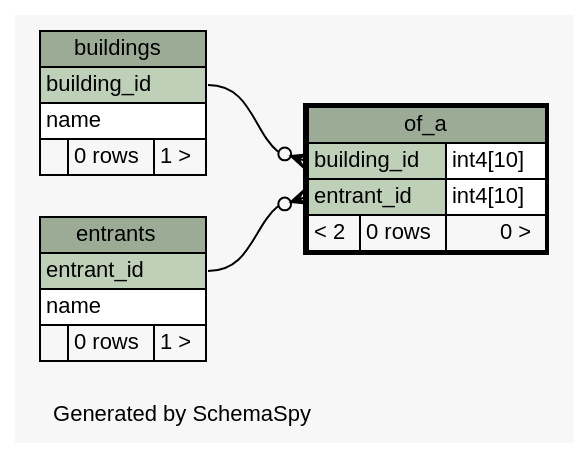
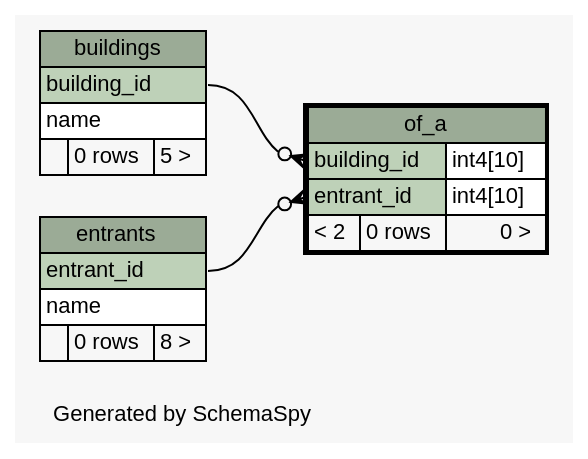
One commit to mgouzenko/-bms changed the diagram in visualization/diagrams/of_a.1degree.dot. Above: the diagram before and after it, drawn with Graphviz. The commit also changed 32 other files, not shown here.

Commit message:
fixed schema, pushing first real visualization

```diff
--- a/visualization/diagrams/of_a.1degree.dot
+++ b/visualization/diagrams/of_a.1degree.dot
@@ -1,57 +1,57 @@
 // dot 2.38.0 on Mac OS X 10.11.3
 // SchemaSpy rev 590
 digraph "oneDegreeRelationshipsDiagram" {
   graph [
     rankdir="RL"
     bgcolor="#f7f7f7"
     label="\nGenerated by SchemaSpy"
     labeljust="l"
     nodesep="0.18"
     ranksep="0.46"
     fontname="Helvetica"
     fontsize="11"
   ];
   node [
     fontname="Helvetica"
     fontsize="11"
     shape="plaintext"
   ];
   edge [
     arrowsize="0.8"
   ];
   "of_a":"building_id":w -> "buildings":"building_id":e [arrowhead=none dir=back arrowtail=crowodot];
   "of_a":"entrant_id":w -> "entrants":"entrant_id":e [arrowhead=none dir=back arrowtail=crowodot];
   "buildings" [
     label=<
     <TABLE BORDER="0" CELLBORDER="1" CELLSPACING="0" BGCOLOR="#ffffff">
       <TR><TD COLSPAN="3" BGCOLOR="#9bab96" ALIGN="CENTER">buildings</TD></TR>
       <TR><TD PORT="building_id" COLSPAN="3" BGCOLOR="#bed1b8" ALIGN="LEFT">building_id</TD></TR>
       <TR><TD PORT="name" COLSPAN="3" ALIGN="LEFT">name</TD></TR>
-      <TR><TD ALIGN="LEFT" BGCOLOR="#f7f7f7">  </TD><TD ALIGN="RIGHT" BGCOLOR="#f7f7f7">0 rows</TD><TD ALIGN="RIGHT" BGCOLOR="#f7f7f7">1 &gt;</TD></TR>
+      <TR><TD ALIGN="LEFT" BGCOLOR="#f7f7f7">  </TD><TD ALIGN="RIGHT" BGCOLOR="#f7f7f7">0 rows</TD><TD ALIGN="RIGHT" BGCOLOR="#f7f7f7">5 &gt;</TD></TR>
     </TABLE>>
     URL="buildings.html"
     tooltip="buildings"
   ];
   "entrants" [
     label=<
     <TABLE BORDER="0" CELLBORDER="1" CELLSPACING="0" BGCOLOR="#ffffff">
       <TR><TD COLSPAN="3" BGCOLOR="#9bab96" ALIGN="CENTER">entrants</TD></TR>
       <TR><TD PORT="entrant_id" COLSPAN="3" BGCOLOR="#bed1b8" ALIGN="LEFT">entrant_id</TD></TR>
       <TR><TD PORT="name" COLSPAN="3" ALIGN="LEFT">name</TD></TR>
-      <TR><TD ALIGN="LEFT" BGCOLOR="#f7f7f7">  </TD><TD ALIGN="RIGHT" BGCOLOR="#f7f7f7">0 rows</TD><TD ALIGN="RIGHT" BGCOLOR="#f7f7f7">1 &gt;</TD></TR>
+      <TR><TD ALIGN="LEFT" BGCOLOR="#f7f7f7">  </TD><TD ALIGN="RIGHT" BGCOLOR="#f7f7f7">0 rows</TD><TD ALIGN="RIGHT" BGCOLOR="#f7f7f7">8 &gt;</TD></TR>
     </TABLE>>
     URL="entrants.html"
     tooltip="entrants"
   ];
   "of_a" [
     label=<
     <TABLE BORDER="2" CELLBORDER="1" CELLSPACING="0" BGCOLOR="#ffffff">
       <TR><TD COLSPAN="3" BGCOLOR="#9bab96" ALIGN="CENTER">of_a</TD></TR>
       <TR><TD PORT="building_id" COLSPAN="2" BGCOLOR="#bed1b8" ALIGN="LEFT">building_id</TD><TD PORT="building_id.type" ALIGN="LEFT">int4[10]</TD></TR>
       <TR><TD PORT="entrant_id" COLSPAN="2" BGCOLOR="#bed1b8" ALIGN="LEFT">entrant_id</TD><TD PORT="entrant_id.type" ALIGN="LEFT">int4[10]</TD></TR>
       <TR><TD ALIGN="LEFT" BGCOLOR="#f7f7f7">&lt; 2</TD><TD ALIGN="RIGHT" BGCOLOR="#f7f7f7">0 rows</TD><TD ALIGN="RIGHT" BGCOLOR="#f7f7f7">0 &gt;</TD></TR>
     </TABLE>>
     URL="of_a.html"
     tooltip="of_a"
   ];
 }
```
